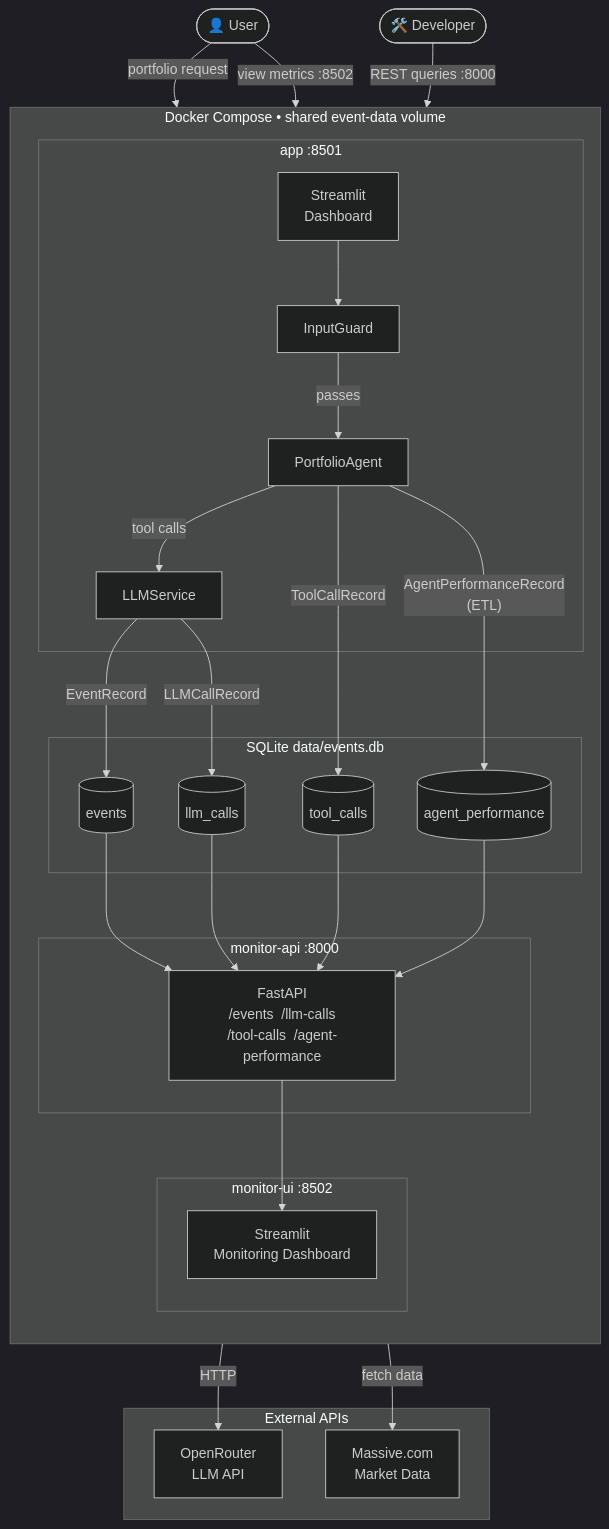
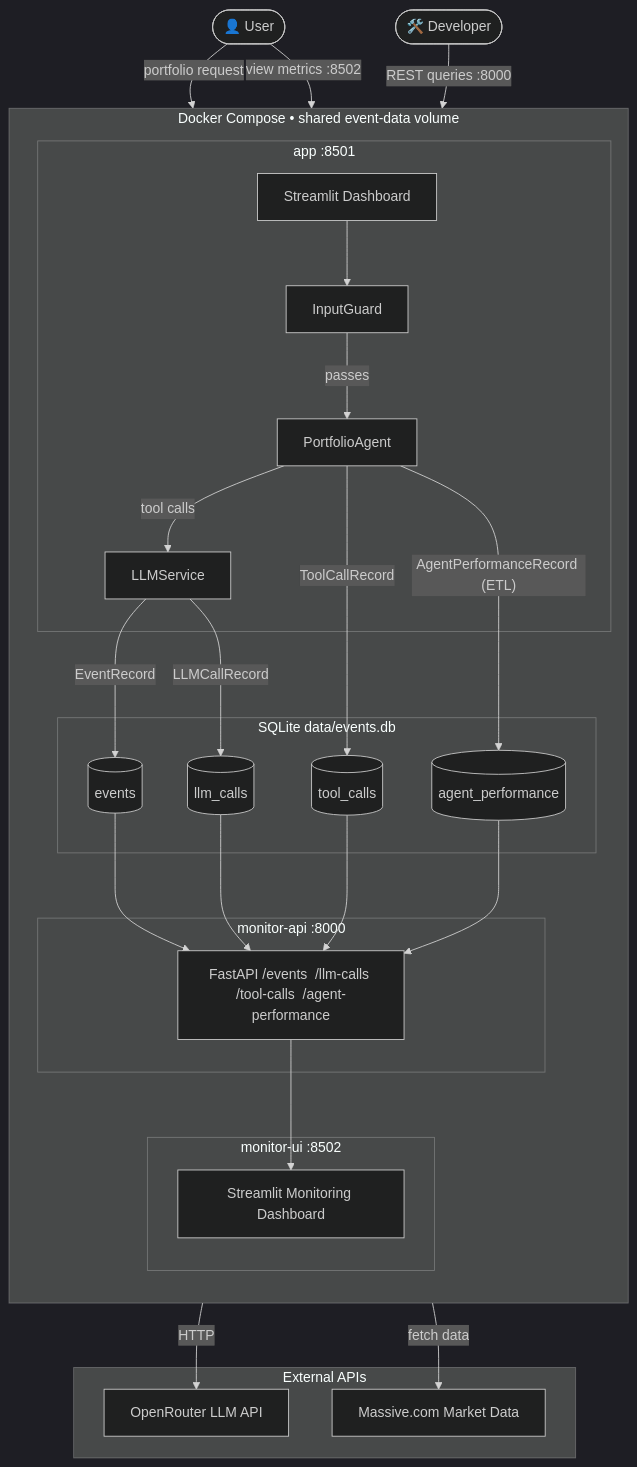
Before and after one commit to DivM11/portfolio-builder-agent: the first of 2 diagrams in README.md, drawn with Mermaid (dark theme). The commit also changed other lines of this file, not shown here.

Commit message:
fix mermaid text in architecture diagram

````diff
--- a/README.md
+++ b/README.md
@@ -22,54 +22,54 @@
 ```mermaid
 flowchart TD
     User(["👤 User"])
     Dev(["🛠️ Developer"])
 
     subgraph External["External APIs"]
-        OR["OpenRouter\nLLM API"]
-        MC["Massive.com\nMarket Data"]
+        OR["OpenRouter LLM API"]
+        MC["Massive.com Market Data"]
     end
 
     subgraph Compose["Docker Compose  •  shared event-data volume"]
         direction TB
 
         subgraph AppSvc["app  :8501"]
-            UI["Streamlit\nDashboard"]
+            UI["Streamlit Dashboard"]
             Guard["InputGuard"]
             Agent["PortfolioAgent"]
             LLM["LLMService"]
         end
 
         subgraph Store["SQLite  data/events.db"]
             T1[("events")]
             T2[("llm_calls")]
             T3[("tool_calls")]
             T4[("agent_performance")]
         end
 
         subgraph MonAPI["monitor-api  :8000"]
-            FA["FastAPI\n/events  /llm-calls\n/tool-calls  /agent-performance"]
+            FA["FastAPI /events  /llm-calls /tool-calls  /agent-performance"]
         end
 
         subgraph MonUI["monitor-ui  :8502"]
-            MUI["Streamlit\nMonitoring Dashboard"]
+            MUI["Streamlit Monitoring Dashboard"]
         end
     end
 
     User -- "portfolio request" --> UI
     UI --> Guard
     Guard -- "passes" --> Agent
     Agent -- "tool calls" --> LLM
     LLM -- "HTTP" --> OR
     Agent -- "fetch data" --> MC
 
     LLM -- "LLMCallRecord" --> T2
     Agent -- "ToolCallRecord" --> T3
-    Agent -- "AgentPerformanceRecord\n(ETL)" --> T4
+    Agent -- "AgentPerformanceRecord (ETL)" --> T4
     LLM -- "EventRecord" --> T1
 
     T1 & T2 & T3 & T4 --> FA
     FA --> MUI
 
     User -- "view metrics  :8502" --> MUI
     Dev -- "REST queries  :8000" --> FA
 ```
````
